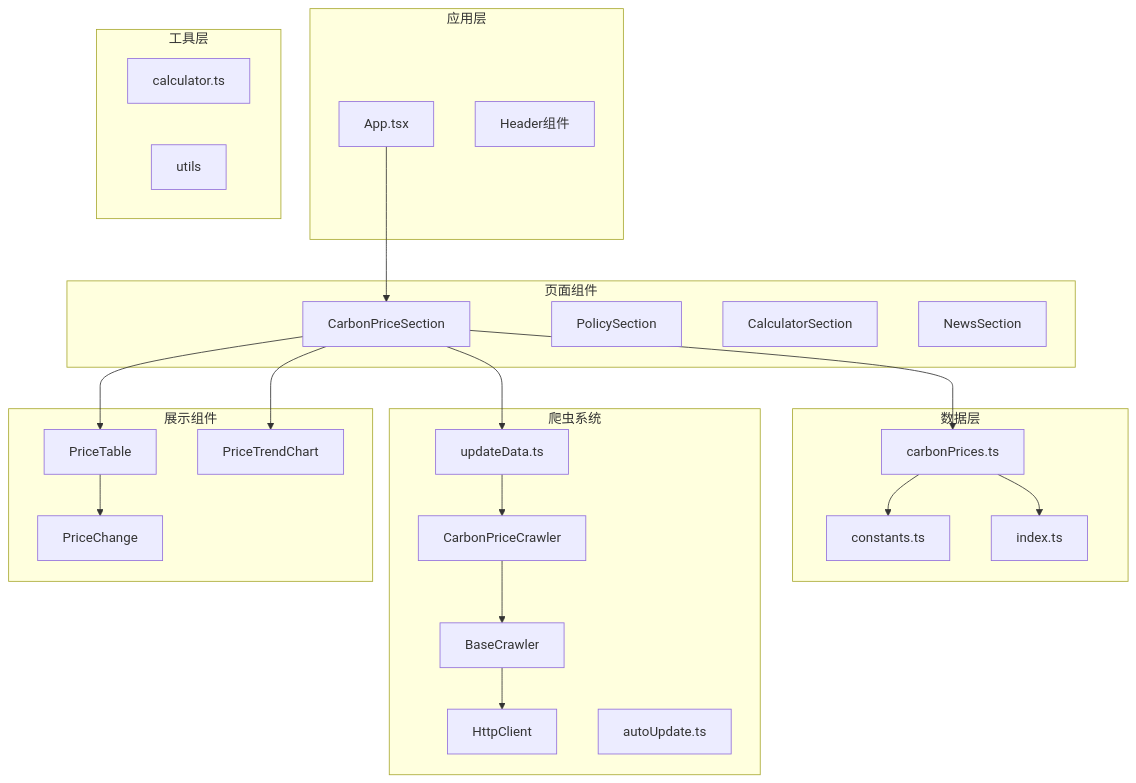
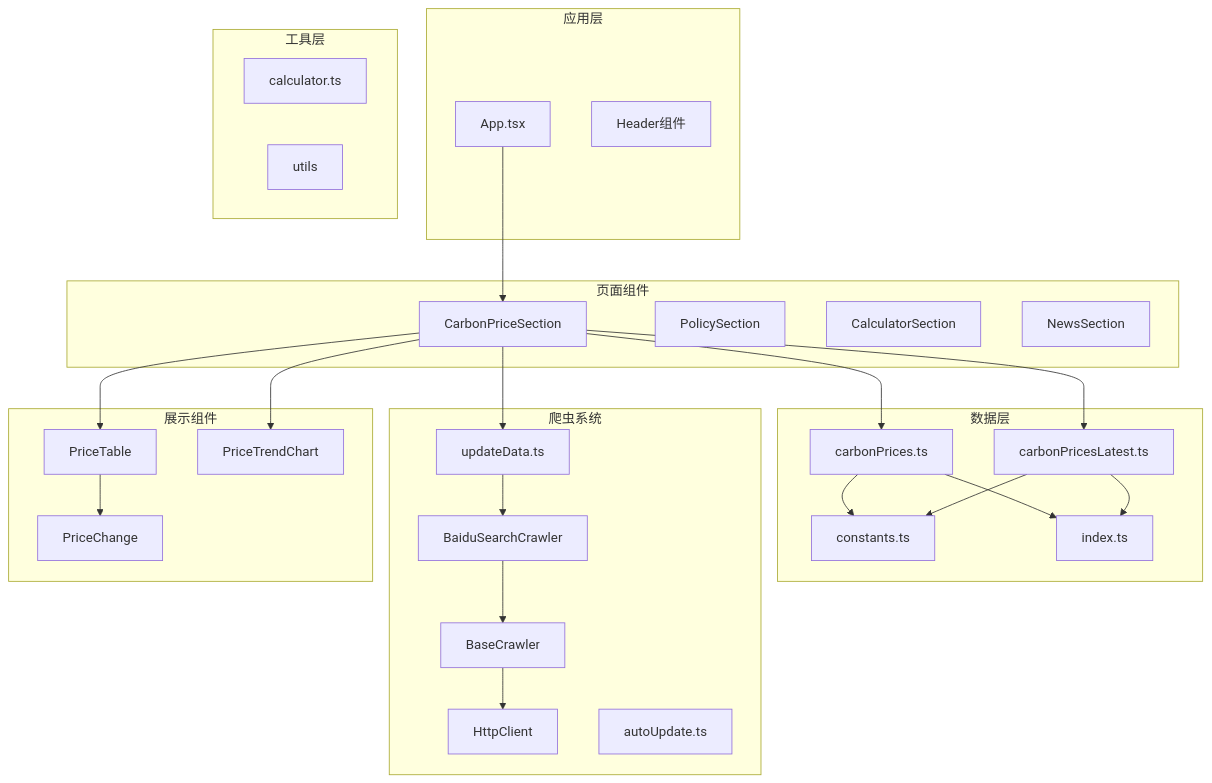
One commit to liangxuanliang-cmd/carbon-info-agent changed the first of 14 diagrams in .qoder/repowiki/zh/content/数据管理/价格数据管理.md. Above: the diagram before and after it, drawn with Mermaid. The commit also changed other lines of this file and 21 other files, not shown here.

````diff
--- a/.qoder/repowiki/zh/content/数据管理/价格数据管理.md
+++ b/.qoder/repowiki/zh/content/数据管理/价格数据管理.md
@@ -54,45 +56,49 @@
 ```mermaid
 graph TB
 subgraph "应用层"
 App[App.tsx]
 Header[Header组件]
 end
 subgraph "页面组件"
 CarbonPriceSection[CarbonPriceSection]
 PolicySection[PolicySection]
 CalculatorSection[CalculatorSection]
 NewsSection[NewsSection]
 end
 subgraph "数据层"
 carbonPrices[carbonPrices.ts]
+carbonPricesLatest[carbonPricesLatest.ts]
 constants[constants.ts]
 types[index.ts]
 end
 subgraph "爬虫系统"
 baseCrawler[BaseCrawler]
-carbonPriceCrawler[CarbonPriceCrawler]
+baiduSearchCrawler[BaiduSearchCrawler]
 httpClient[HttpClient]
 updateData[updateData.ts]
 autoUpdate[autoUpdate.ts]
 end
 subgraph "展示组件"
 PriceTable[PriceTable]
 PriceTrendChart[PriceTrendChart]
 PriceChange[PriceChange]
 end
 subgraph "工具层"
 calculator[calculator.ts]
 utils[utils]
 end
 App --> CarbonPriceSection
 CarbonPriceSection --> PriceTable
 CarbonPriceSection --> PriceTrendChart
 PriceTable --> PriceChange
 CarbonPriceSection --> carbonPrices
+CarbonPriceSection --> carbonPricesLatest
 carbonPrices --> constants
 carbonPrices --> types
+carbonPricesLatest --> constants
+carbonPricesLatest --> types
 CarbonPriceSection --> updateData
-updateData --> carbonPriceCrawler
-carbonPriceCrawler --> baseCrawler
+updateData --> baiduSearchCrawler
+baiduSearchCrawler --> baseCrawler
 baseCrawler --> httpClient
 ```
````
